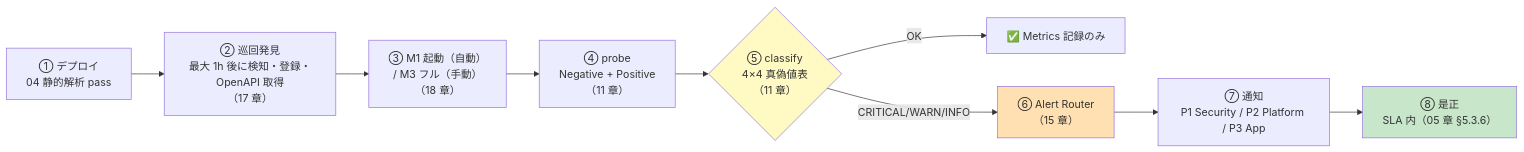
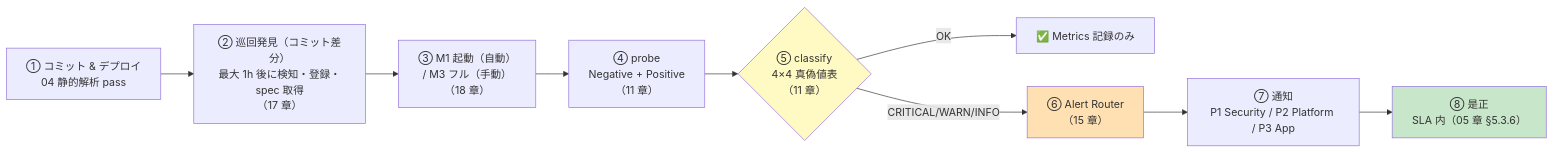
Before and after one commit to suepie/aws-atuh-poc: the third of 5 diagrams in doc/api-platform/basic-design/10-external-monitoring-overview.md, drawn with Mermaid. The commit also changed other lines of this file and 11 other files, not shown here.

````diff
--- a/doc/api-platform/basic-design/10-external-monitoring-overview.md
+++ b/doc/api-platform/basic-design/10-external-monitoring-overview.md
@@ -173,14 +176,14 @@
 ```mermaid
 flowchart LR
-    D["① デプロイ<br/>04 静的解析 pass"] --> R["② 巡回発見<br/>最大 1h 後に検知・登録・OpenAPI 取得<br/>（17 章）"]
+    D["① コミット & デプロイ<br/>04 静的解析 pass"] --> R["② 巡回発見（コミット差分）<br/>最大 1h 後に検知・登録・spec 取得<br/>（17 章）"]
     R --> T["③ M1 起動（自動）<br/>/ M3 フル（手動）<br/>（18 章）"]
     T --> P["④ probe<br/>Negative + Positive<br/>（11 章）"]
     P --> C{"⑤ classify<br/>4×4 真偽値表<br/>（11 章）"}
     C -->|OK| OK["✅ Metrics 記録のみ"]
     C -->|CRITICAL/WARN/INFO| A["⑥ Alert Router<br/>（15 章）"]
     A --> N["⑦ 通知<br/>P1 Security / P2 Platform / P3 App"]
     N --> FIX["⑧ 是正<br/>SLA 内（05 章 §5.3.6）"]
     style C fill:#fff9c4
     style A fill:#ffe0b2
     style FIX fill:#c8e6c9
 ```
````
